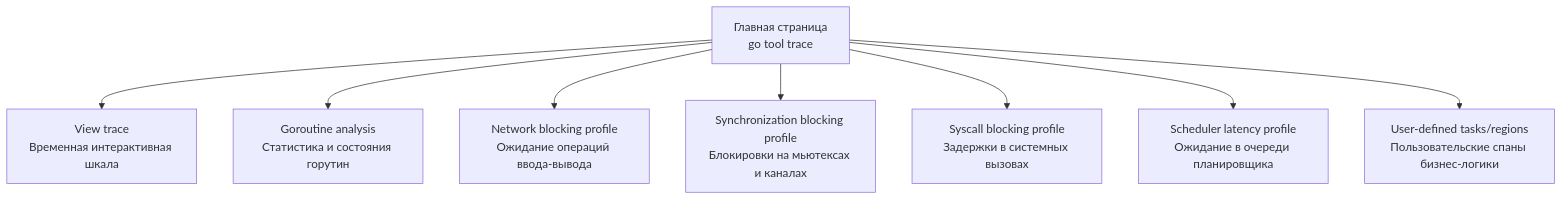
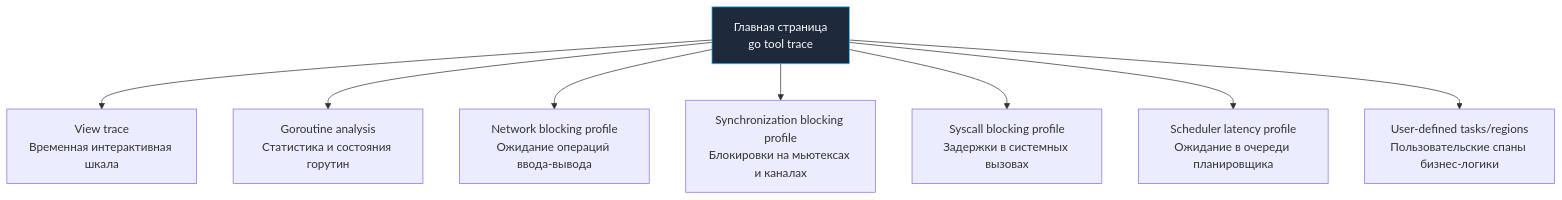
One commit to UnrealTemplier/go-textbook changed the second of 4 diagrams in sources/16. Профилирование, отладка и производительность/08. Runtime и инструменты/2. trace tool.md. Above: the diagram before and after it, drawn with Mermaid. The commit also changed other lines of this file and 1666 other files, not shown here.

First line of the commit message:
feat(mermaid): add semantic color classDef to 1369 colorless flowchart/graph diagrams

````diff
--- a/sources/16. Профилирование, отладка и производительность/08. Runtime и инструменты/2. trace tool.md
+++ b/sources/16. Профилирование, отладка и производительность/08. Runtime и инструменты/2. trace tool.md
@@ -96,10 +106,20 @@
 ```mermaid
 flowchart TD
-    Main["Главная страница<br/>go tool trace"] --> View["View trace<br/>Временная интерактивная шкала"]
+    classDef process  fill:#1e293b,stroke:#38bdf8,stroke-width:1px,color:#f8fafc
+    classDef success  fill:#064e3b,stroke:#34d399,stroke-width:1px,color:#f8fafc
+    classDef error    fill:#7f1d1d,stroke:#f87171,stroke-width:1px,color:#f8fafc
+    classDef warning  fill:#78350f,stroke:#fbbf24,stroke-width:1px,color:#f8fafc
+    classDef entry    fill:#1e3a5f,stroke:#38bdf8,stroke-width:2px,color:#f8fafc
+    classDef aux      fill:#334155,stroke:#64748b,stroke-width:1px,color:#f8fafc
+    classDef system   fill:#312e81,stroke:#a78bfa,stroke-width:1px,color:#f8fafc
+    classDef data     fill:#132d29,stroke:#2dd4bf,stroke-width:1px,color:#f8fafc
+    classDef network  fill:#881337,stroke:#fb7185,stroke-width:1px,color:#f8fafc
+    classDef accent   fill:#1e1b4b,stroke:#818cf8,stroke-width:1px,color:#f8fafc
+    Main["Главная страница<br/>go tool trace"]:::process --> View["View trace<br/>Временная интерактивная шкала"]
     Main --> Goroutine["Goroutine analysis<br/>Статистика и состояния горутин"]
     Main --> Network["Network blocking profile<br/>Ожидание операций ввода-вывода"]
     Main --> Sync["Synchronization blocking profile<br/>Блокировки на мьютексах и каналах"]
     Main --> Syscall["Syscall blocking profile<br/>Задержки в системных вызовах"]
     Main --> Sched["Scheduler latency profile<br/>Ожидание в очереди планировщика"]
     Main --> User["User-defined tasks/regions<br/>Пользовательские спаны бизнес-логики"]
 ```
````
